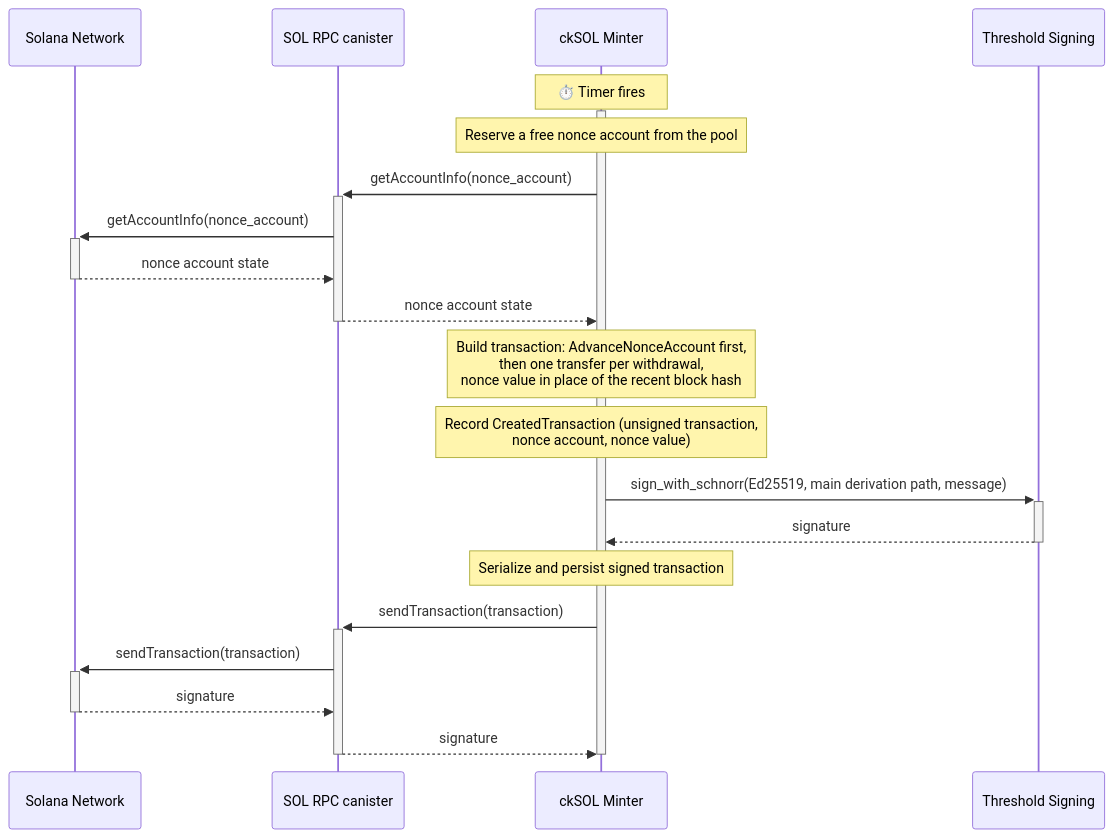
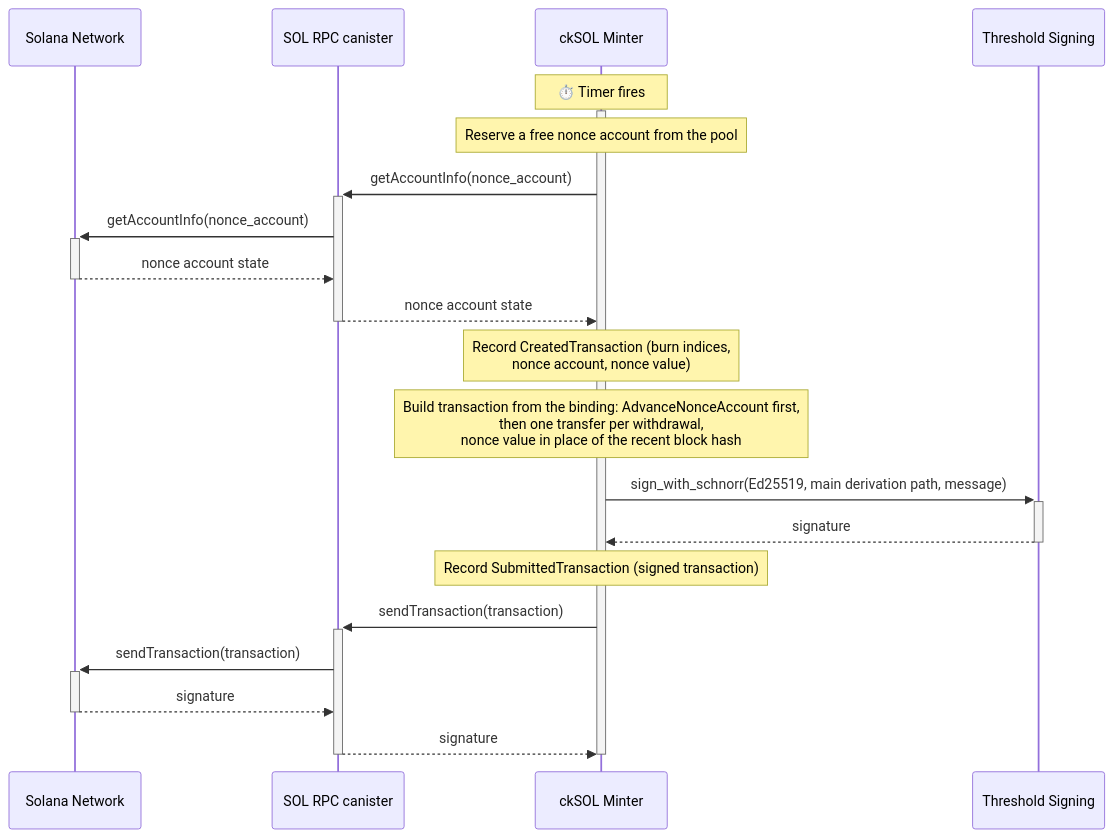
The sixth of 8 diagrams in docs/design.md (dfinity/cksol), drawn with Mermaid before and after one commit. The commit also changed other lines of this file, not shown here.

Commit message:
docs: bind withdrawals before signing and record them before sending

````diff
--- a/docs/design.md
+++ b/docs/design.md
@@ -536,25 +536,25 @@
 ```mermaid
 sequenceDiagram
     participant Solana as Solana Network
     participant RPC as SOL RPC canister
     participant Minter as ckSOL Minter
     participant Signer as Threshold Signing
 
     Note over Minter: ⏱️ Timer fires
     activate Minter
     Note over Minter: Reserve a free nonce account from the pool
     Minter->>+RPC: getAccountInfo(nonce_account)
     RPC->>+Solana: getAccountInfo(nonce_account)
     Solana-->>-RPC: nonce account state
     RPC-->>-Minter: nonce account state
-    Note over Minter: Build transaction: AdvanceNonceAccount first,<br/>then one transfer per withdrawal,<br/>nonce value in place of the recent block hash
-    Note over Minter: Record CreatedTransaction (unsigned transaction,<br/>nonce account, nonce value)
+    Note over Minter: Record CreatedTransaction (burn indices,<br/>nonce account, nonce value)
+    Note over Minter: Build transaction from the binding: AdvanceNonceAccount first,<br/>then one transfer per withdrawal,<br/>nonce value in place of the recent block hash
     Minter->>+Signer: sign_with_schnorr(Ed25519, main derivation path, message)
     Signer-->>-Minter: signature
-    Note over Minter: Serialize and persist signed transaction
+    Note over Minter: Record SubmittedTransaction (signed transaction)
     Minter->>+RPC: sendTransaction(transaction)
     RPC->>+Solana: sendTransaction(transaction)
     Solana-->>-RPC: signature
     RPC-->>-Minter: signature
     deactivate Minter
 ```
````
